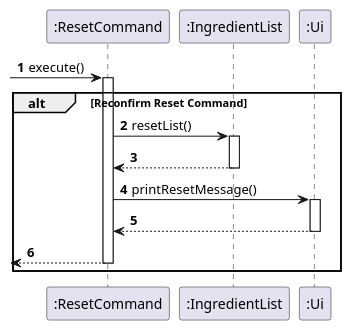
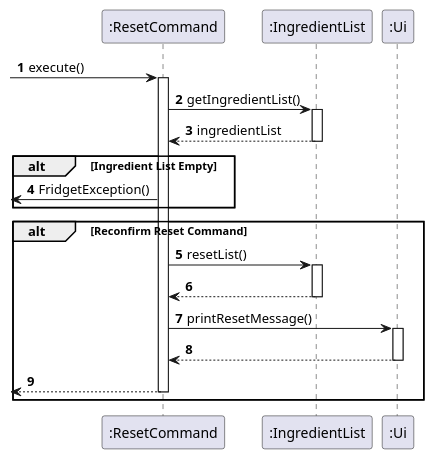
The diagram in docs/umlDiagrams/ResetSequence.puml (uosjapuelks/tp), drawn with PlantUML before and after one commit. The commit also changed 1 other file, not shown here.

Commit message:
Update ResetSequence

```diff
--- a/docs/umlDiagrams/ResetSequence.puml
+++ b/docs/umlDiagrams/ResetSequence.puml
@@ -1,25 +1,34 @@
 @startuml
 'https://plantuml.com/sequence-diagram
 
 autonumber
 
 -> ":ResetCommand": execute()
 activate ":ResetCommand"
+
+":ResetCommand" -> ":IngredientList": getIngredientList()
+activate ":IngredientList"
+":ResetCommand" <-- ":IngredientList": ingredientList
+deactivate ":IngredientList"
+
+alt Ingredient List Empty
+<- ":ResetCommand": FridgetException()
+end
 
 alt Reconfirm Reset Command
 
     ":ResetCommand" -> ":IngredientList": resetList()
     activate ":IngredientList"
     ":ResetCommand" <-- ":IngredientList":
     deactivate ":IngredientList"
 
     ":ResetCommand" -> ":Ui": printResetMessage()
     activate ":Ui"
     ":ResetCommand" <-- ":Ui"
     deactivate ":Ui"
 
     <-- ":ResetCommand"
     deactivate ":ResetCommand"
 end
 
 @enduml
```
